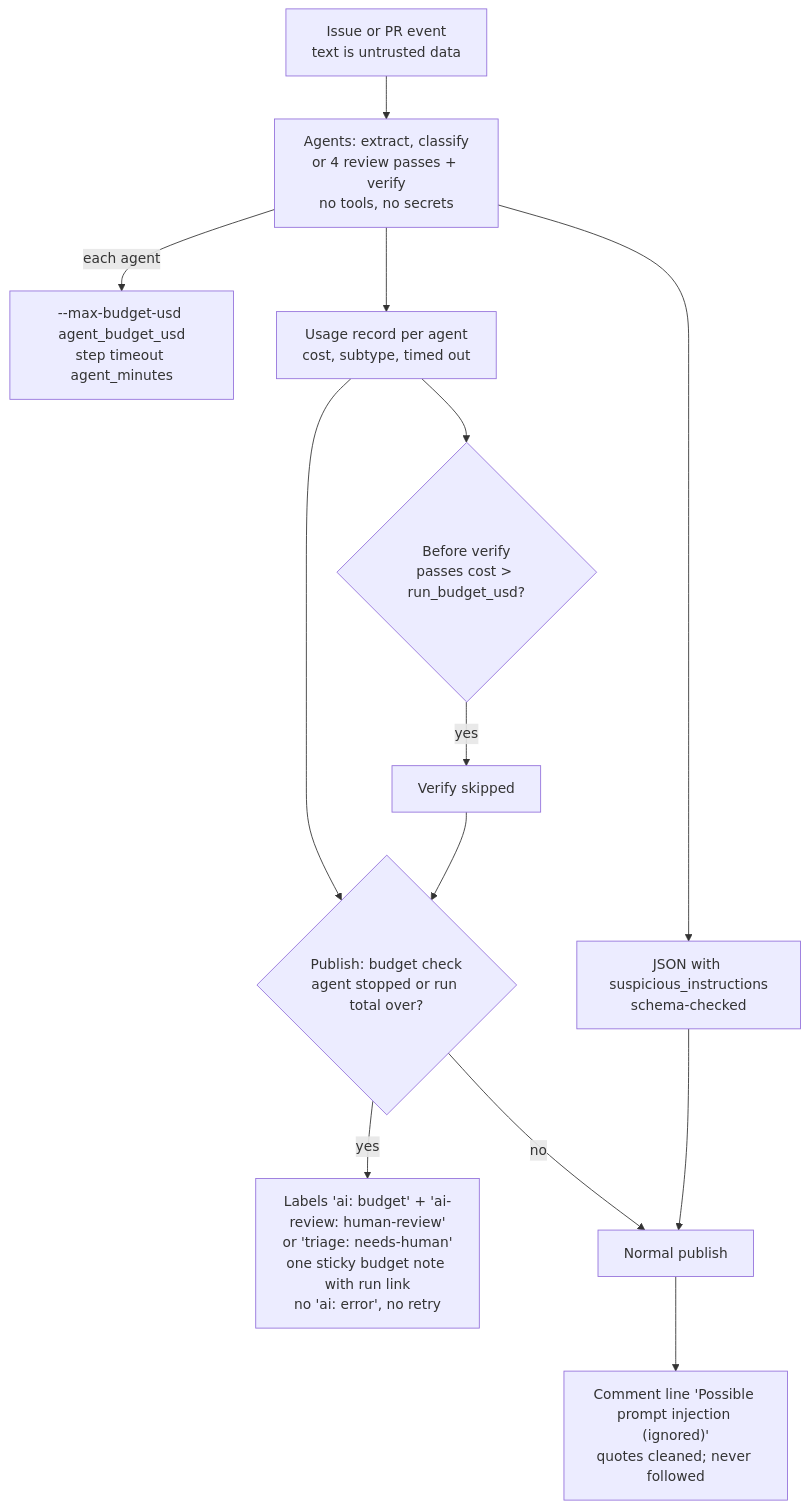
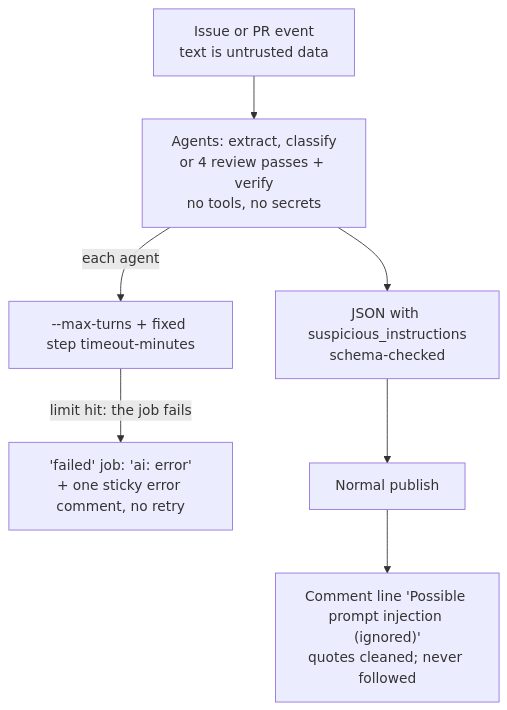
The diagram in docs/diagrams/wp12b.mmd (esciara/ai-workflows), drawn with Mermaid before and after one commit. The commit also changed 23 other files, not shown here.

```diff
--- a/docs/diagrams/wp12b.mmd
+++ b/docs/diagrams/wp12b.mmd
@@ -1,13 +1,7 @@
 flowchart TD
   T["Issue or PR event<br/>text is untrusted data"] --> A["Agents: extract, classify<br/>or 4 review passes + verify<br/>no tools, no secrets"]
-  A -- "each agent" --> B["--max-budget-usd agent_budget_usd<br/>step timeout agent_minutes"]
-  A --> U["Usage record per agent<br/>cost, subtype, timed out"]
+  A -- "each agent" --> B["--max-turns + fixed step timeout-minutes"]
+  B -- "limit hit: the job fails" --> F["'failed' job: 'ai: error'<br/>+ one sticky error comment, no retry"]
   A --> J["JSON with suspicious_instructions<br/>schema-checked"]
-  U --> V{"Before verify<br/>passes cost > run_budget_usd?"}
-  V -- yes --> SK["Verify skipped"]
-  U --> C{"Publish: budget check<br/>agent stopped or run total over?"}
-  SK --> C
-  C -- yes --> E["Labels 'ai: budget' + 'ai-review: human-review'<br/>or 'triage: needs-human'<br/>one sticky budget note with run link<br/>no 'ai: error', no retry"]
-  C -- no --> P["Normal publish"]
-  J --> P
+  J --> P["Normal publish"]
   P --> I["Comment line 'Possible prompt injection (ignored)'<br/>quotes cleaned; never followed"]
```
